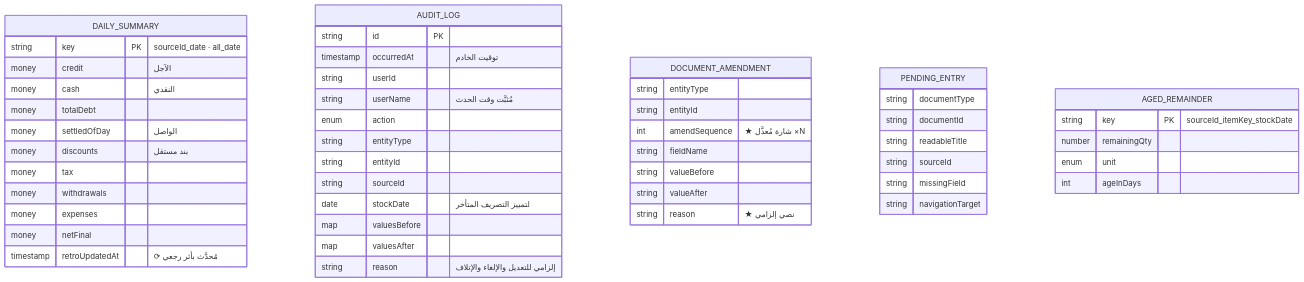
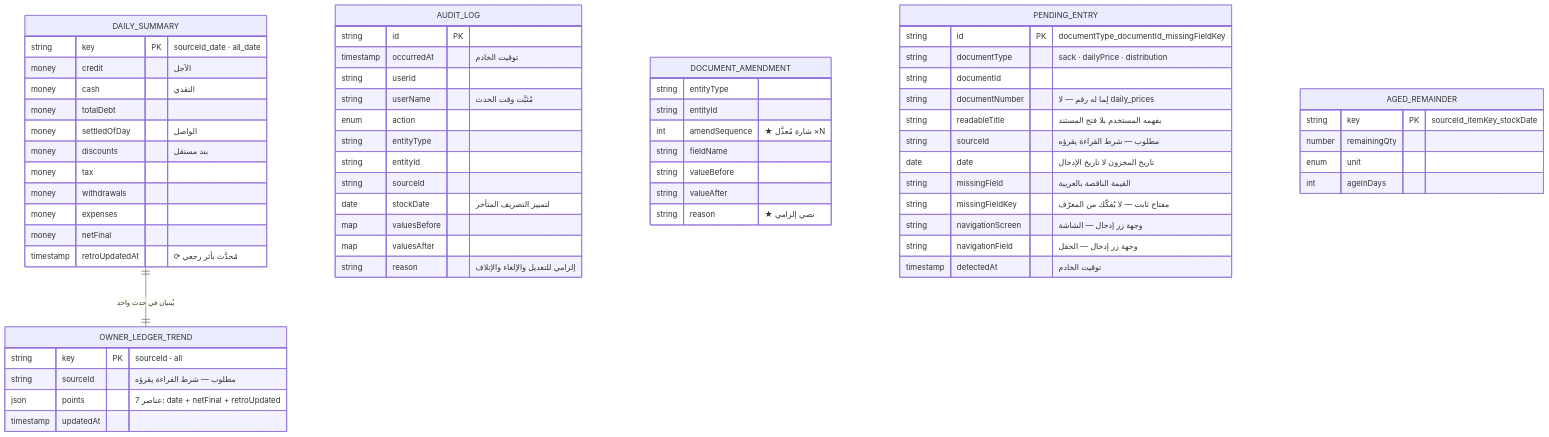
Before and after one commit to OrimindTeam/qtms: the fifth of 5 diagrams in docs/06-database/erd.md, drawn with Mermaid. The commit also changed 159 other files, not shown here.

````diff
--- a/docs/06-database/erd.md
+++ b/docs/06-database/erd.md
@@ -275,53 +275,66 @@
 ```mermaid
 erDiagram
     DAILY_SUMMARY {
         string key PK "sourceId_date  ·  all_date"
         money credit "الآجل"
         money cash "النقدي"
         money totalDebt
         money settledOfDay "الواصل"
         money discounts "بند مستقل"
         money tax
         money withdrawals
         money expenses
         money netFinal
         timestamp retroUpdatedAt "⟳ مُحدَّث بأثر رجعي"
     }
+    OWNER_LEDGER_TREND {
+        string key PK "sourceId  ·  all"
+        string sourceId "مطلوب — شرط القراءة يقرؤه"
+        json points "7 عناصر: date + netFinal + retroUpdated"
+        timestamp updatedAt
+    }
+    DAILY_SUMMARY ||--|| OWNER_LEDGER_TREND : "يُبنيان في حدث واحد"
     AUDIT_LOG {
         string id PK
         timestamp occurredAt "توقيت الخادم"
         string userId
         string userName "مُثبَّت وقت الحدث"
         enum action
         string entityType
         string entityId
         string sourceId
         date stockDate "لتمييز التصريف المتأخر"
         map valuesBefore
         map valuesAfter
         string reason "إلزامي للتعديل والإلغاء والإتلاف"
     }
     DOCUMENT_AMENDMENT {
         string entityType
         string entityId
         int amendSequence "★ شارة مُعدَّل ×N"
         string fieldName
         string valueBefore
         string valueAfter
         string reason "★ نصي إلزامي"
     }
     PENDING_ENTRY {
-        string documentType
+        string id PK "documentType_documentId_missingFieldKey"
+        string documentType "sack · dailyPrice · distribution"
         string documentId
-        string readableTitle
-        string sourceId
-        string missingField
-        string navigationTarget
+        string documentNumber "لِما له رقم — لا daily_prices"
+        string readableTitle "يفهمه المستخدم بلا فتح المستند"
+        string sourceId "مطلوب — شرط القراءة يقرؤه"
+        date date "تاريخ المخزون لا تاريخ الإدخال"
+        string missingField "القيمة الناقصة بالعربية"
+        string missingFieldKey "مفتاح ثابت — لا يُفكّك من المعرّف"
+        string navigationScreen "وجهة زر إدخال — الشاشة"
+        string navigationField "وجهة زر إدخال — الحقل"
+        timestamp detectedAt "توقيت الخادم"
     }
     AGED_REMAINDER {
         string key PK "sourceId_itemKey_stockDate"
         number remainingQty
         enum unit
         int ageInDays
     }
 ```
````
